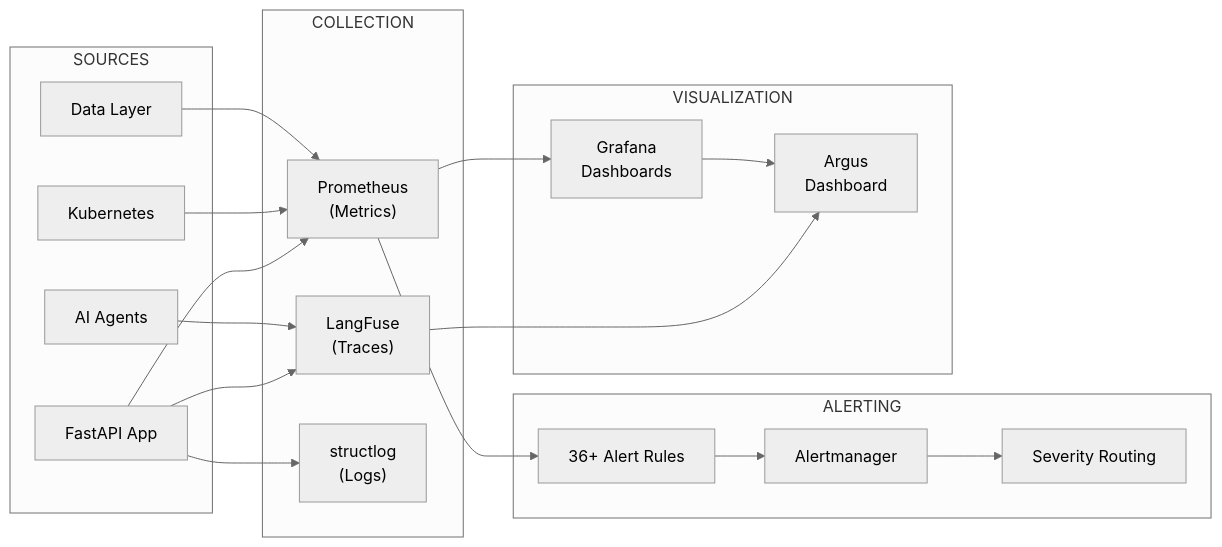
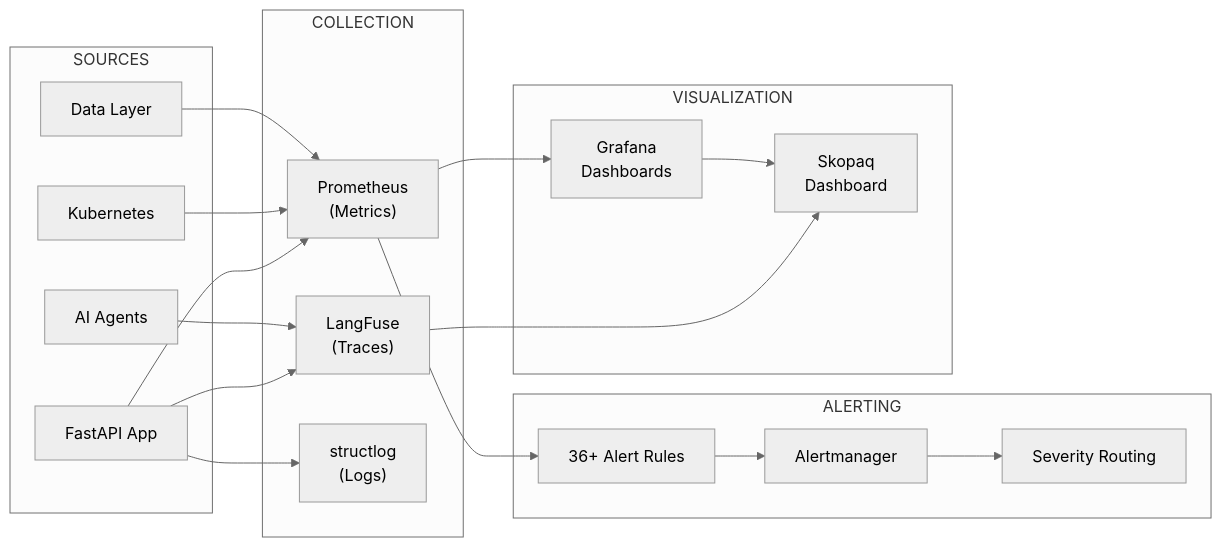
One commit to RaphaEnterprises-AI/argus-backend changed the sixth of 7 diagrams in docs/architecture-mermaid.md. Above: the diagram before and after it, drawn with Mermaid (neutral theme). The commit also changed other lines of this file and 179 other files, not shown here.

````diff
--- a/docs/architecture-mermaid.md
+++ b/docs/architecture-mermaid.md
@@ -236,41 +236,41 @@
 ```mermaid
 flowchart LR
     subgraph Sources["SOURCES"]
         App["FastAPI App"]
         Agents["AI Agents"]
         K8s["Kubernetes"]
         Data["Data Layer"]
     end
 
     subgraph Collection["COLLECTION"]
         LangFuse["LangFuse<br/>(Traces)"]
         Prometheus["Prometheus<br/>(Metrics)"]
         Logs["structlog<br/>(Logs)"]
     end
 
     subgraph Alerting["ALERTING"]
         Rules["36+ Alert Rules"]
         AM["Alertmanager"]
         Routes["Severity Routing"]
     end
 
     subgraph Viz["VISUALIZATION"]
         Grafana["Grafana<br/>Dashboards"]
-        Dashboard["Argus<br/>Dashboard"]
+        Dashboard["Skopaq<br/>Dashboard"]
     end
 
     App --> LangFuse
     App --> Prometheus
     App --> Logs
     Agents --> LangFuse
     K8s --> Prometheus
     Data --> Prometheus
 
     Prometheus --> Rules
     Rules --> AM
     AM --> Routes
 
     LangFuse --> Dashboard
     Prometheus --> Grafana
     Grafana --> Dashboard
 ```
````
